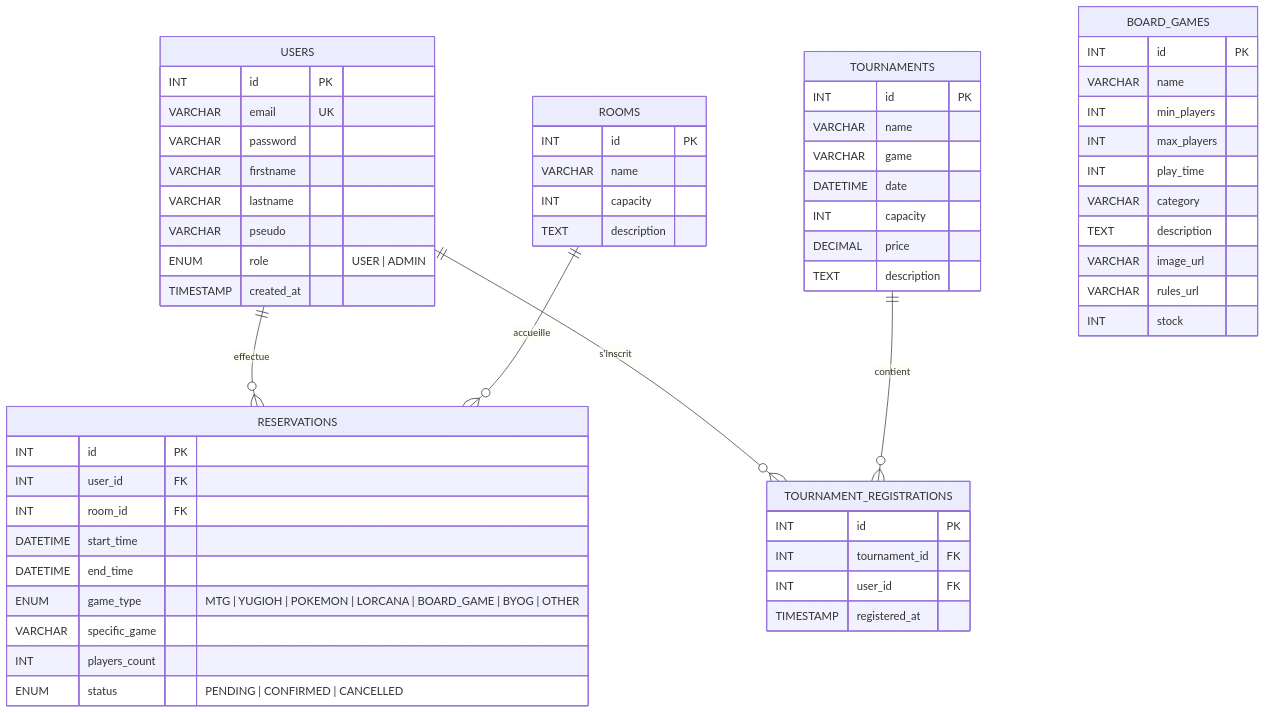
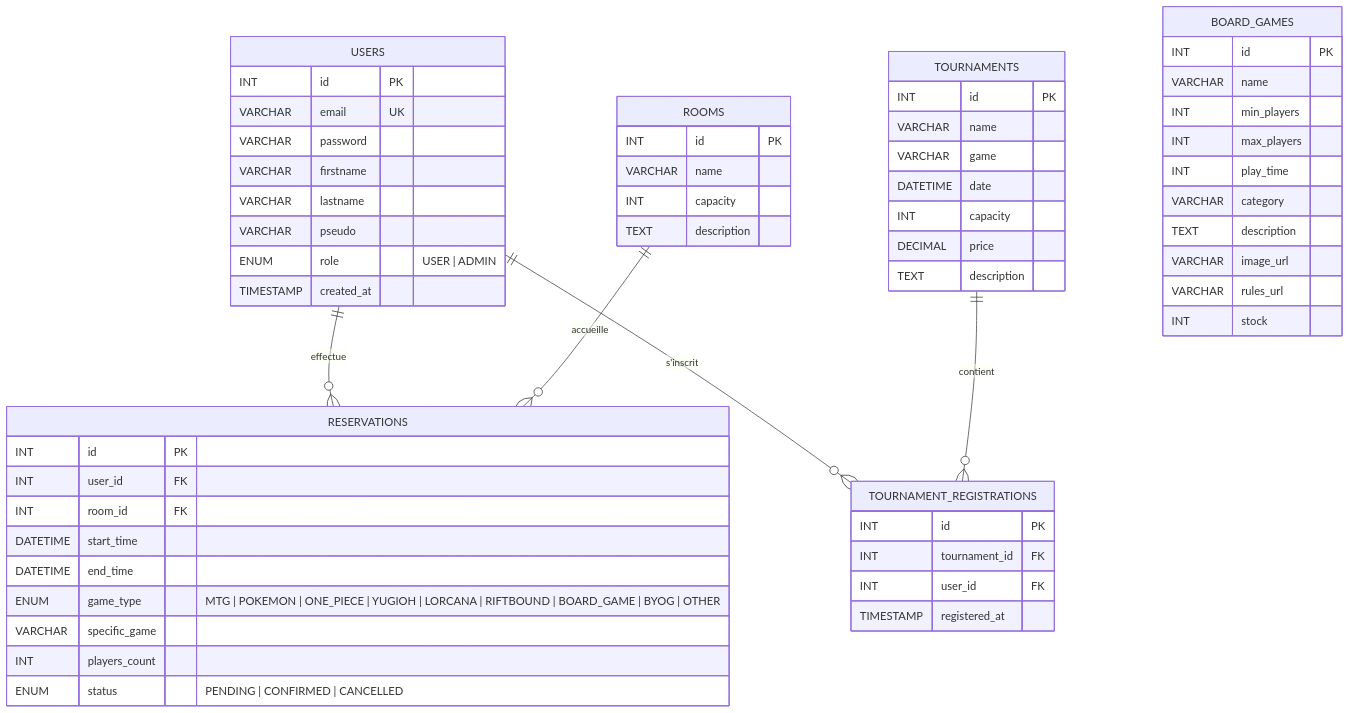
One commit to olivier-parraud/Cicadas2 changed the diagram in Conception.md. Above: the diagram before and after it, drawn with Mermaid. The commit also changed other lines of this file and 19 other files, not shown here.

````diff
--- a/Conception.md
+++ b/Conception.md
@@ -227,67 +227,67 @@
 ```mermaid
 erDiagram
     USERS ||--o{ RESERVATIONS : "effectue"
     USERS ||--o{ TOURNAMENT_REGISTRATIONS : "s'inscrit"
     ROOMS ||--o{ RESERVATIONS : "accueille"
     TOURNAMENTS ||--o{ TOURNAMENT_REGISTRATIONS : "contient"
     
     USERS {
         INT id PK
         VARCHAR email UK
         VARCHAR password
         VARCHAR firstname
         VARCHAR lastname
         VARCHAR pseudo
         ENUM role "USER | ADMIN"
         TIMESTAMP created_at
     }
     
     ROOMS {
         INT id PK
         VARCHAR name
         INT capacity
         TEXT description
     }
     
     RESERVATIONS {
         INT id PK
         INT user_id FK
         INT room_id FK
         DATETIME start_time
         DATETIME end_time
-        ENUM game_type "MTG | YUGIOH | POKEMON | LORCANA | BOARD_GAME | BYOG | OTHER"
+        ENUM game_type "MTG | POKEMON | ONE_PIECE | YUGIOH | LORCANA | RIFTBOUND | BOARD_GAME | BYOG | OTHER"
         VARCHAR specific_game
         INT players_count
         ENUM status "PENDING | CONFIRMED | CANCELLED"
     }
     
     TOURNAMENTS {
         INT id PK
         VARCHAR name
         VARCHAR game
         DATETIME date
         INT capacity
         DECIMAL price
         TEXT description
     }
     
     TOURNAMENT_REGISTRATIONS {
         INT id PK
         INT tournament_id FK
         INT user_id FK
         TIMESTAMP registered_at
     }
     
     BOARD_GAMES {
         INT id PK
         VARCHAR name
         INT min_players
         INT max_players
         INT play_time
         VARCHAR category
         TEXT description
         VARCHAR image_url
         VARCHAR rules_url
         INT stock
     }
 ```
````
